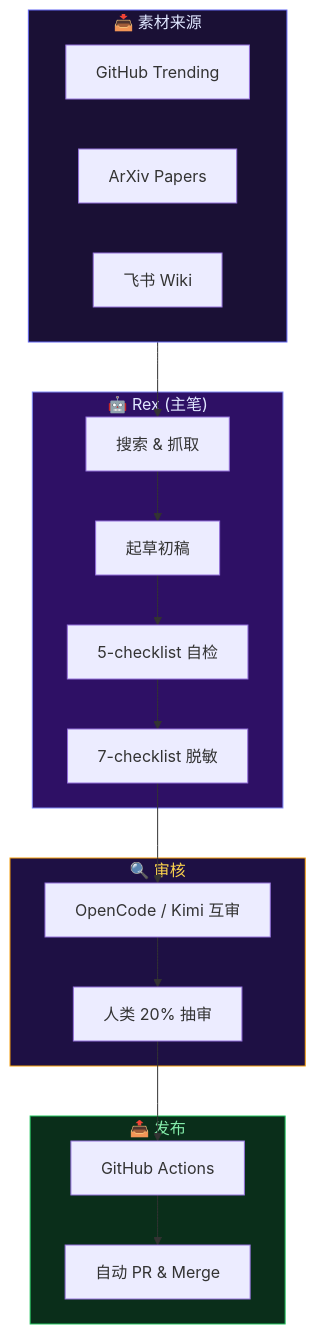
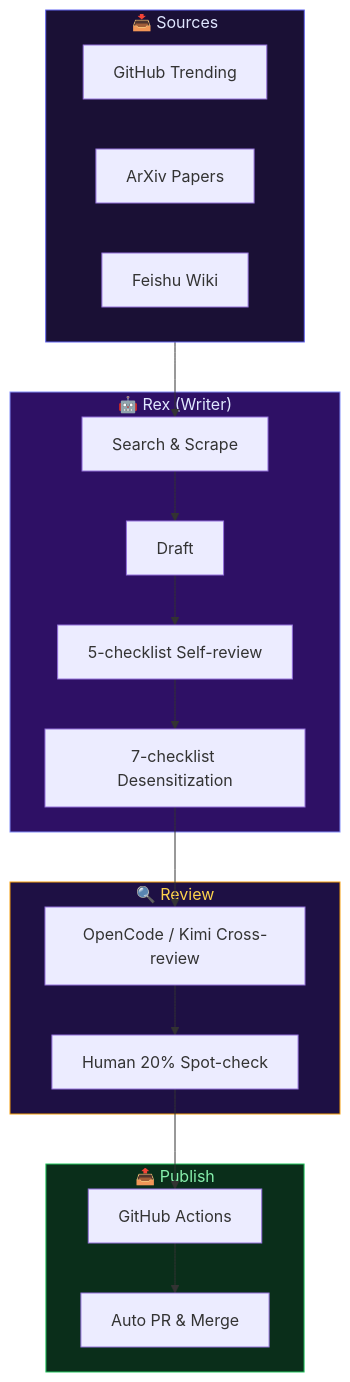
Before and after one commit to VokoForge/ai-prism: the second of 2 diagrams in README.md, drawn with Mermaid. The commit also changed other lines of this file and 111 other files, not shown here.

````diff
--- a/README.md
+++ b/README.md
@@ -203,32 +202,32 @@
 ```mermaid
 graph TD
-    subgraph Source["📥 素材来源"]
+    subgraph Source["📥 Sources"]
         S1["GitHub Trending"]
         S2["ArXiv Papers"]
-        S3["飞书 Wiki"]
+        S3["Feishu Wiki"]
     end
 
-    subgraph Rex["🤖 Rex (主笔)"]
-        R1["搜索 & 抓取"]
-        R2["起草初稿"]
-        R3["5-checklist 自检"]
-        R4["7-checklist 脱敏"]
+    subgraph Rex["🤖 Rex (Writer)"]
+        R1["Search & Scrape"]
+        R2["Draft"]
+        R3["5-checklist Self-review"]
+        R4["7-checklist Desensitization"]
     end
 
-    subgraph Review["🔍 审核"]
-        V1["OpenCode / Kimi 互审"]
-        V2["人类 20% 抽审"]
+    subgraph Review["🔍 Review"]
+        V1["OpenCode / Kimi Cross-review"]
+        V2["Human 20% Spot-check"]
     end
 
-    subgraph Publish["📤 发布"]
+    subgraph Publish["📤 Publish"]
         P1["GitHub Actions"]
-        P2["自动 PR & Merge"]
+        P2["Auto PR & Merge"]
     end
 
     Source --> R1 --> R2 --> R3 --> R4 --> V1 --> V2 --> P1 --> P2
 
     style Source fill:#1a1035,stroke:#6366f1,color:#e0e7ff
     style Rex fill:#2e1065,stroke:#818cf8,color:#e0e7ff
     style Review fill:#1e1044,stroke:#f59e0b,color:#fcd34d
     style Publish fill:#0a2e1a,stroke:#22c55e,color:#86efac
 ```
````
